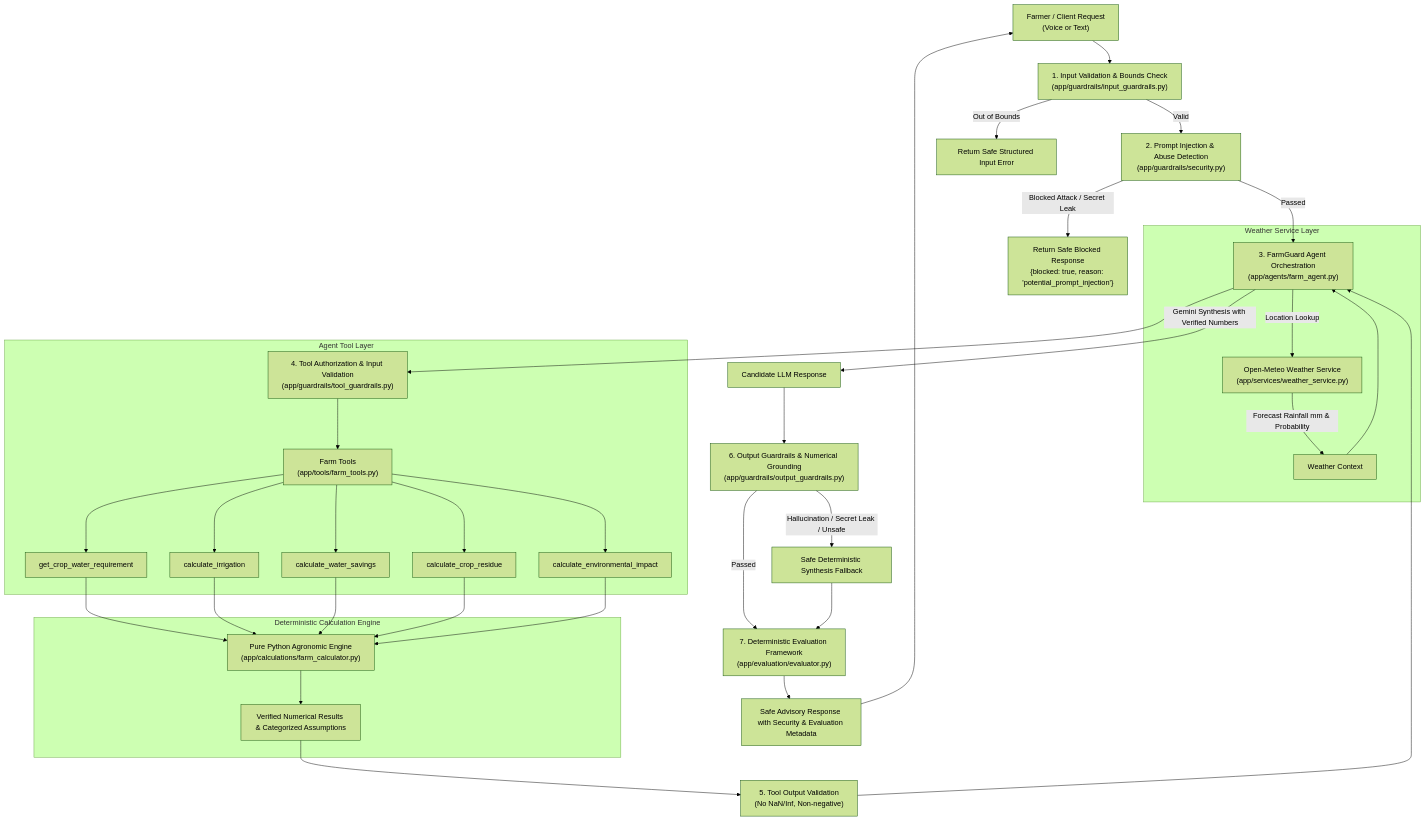
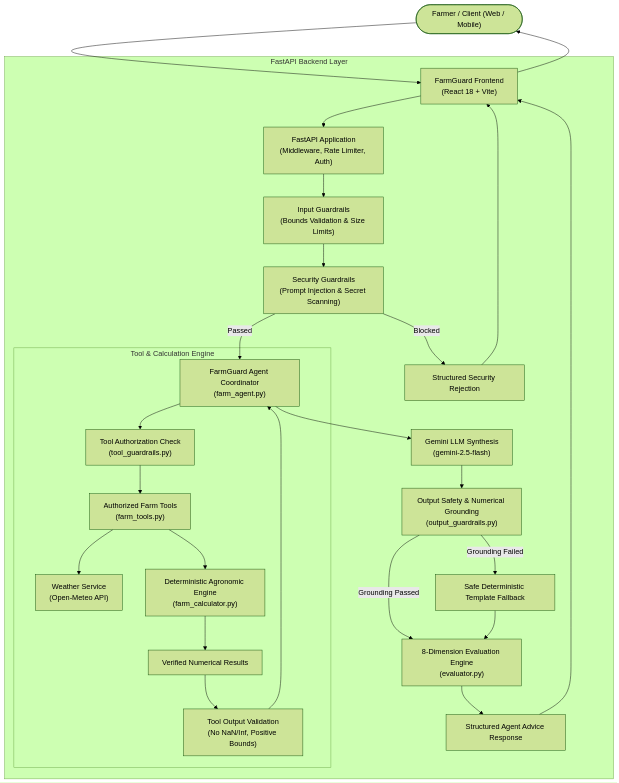
One commit to Ankushh0027/FarmGuard-AI changed the first of 2 diagrams in docs/architecture.md. Above: the diagram before and after it, drawn with Mermaid (forest theme). The commit also changed other lines of this file and 4 other files, not shown here.

Commit message:
docs: finalize v1 architecture, security, demo script, and submission documentation

````diff
--- a/docs/architecture.md
+++ b/docs/architecture.md
@@ -21,43 +14,36 @@
 ```mermaid
 flowchart TD
-    User["Farmer / Client Request\n(Voice or Text)"] --> InputGuard["1. Input Validation & Bounds Check\n(app/guardrails/input_guardrails.py)"]
-    InputGuard -->|Valid| PromptGuard["2. Prompt Injection & Abuse Detection\n(app/guardrails/security.py)"]
-    InputGuard -->|Out of Bounds| BlockedInput["Return Safe Structured Input Error"]
+    User(["Farmer / Client (Web / Mobile)"]) --> FE["FarmGuard Frontend\n(React 18 + Vite)"]
     
-    PromptGuard -->|Blocked Attack / Secret Leak| BlockedResp["Return Safe Blocked Response\n{blocked: true, reason: 'potential_prompt_injection'}"]
-    PromptGuard -->|Passed| Agent["3. FarmGuard Agent Orchestration\n(app/agents/farm_agent.py)"]
+    subgraph FastAPI Backend Layer
+        FE --> API["FastAPI Application\n(Middleware, Rate Limiter, Auth)"]
+        API --> InputGuard["Input Guardrails\n(Bounds Validation & Size Limits)"]
+        InputGuard --> PromptGuard["Security Guardrails\n(Prompt Injection & Secret Scanning)"]
+        
+        PromptGuard -->|Blocked| BlockedResp["Structured Security Rejection"]
+        PromptGuard -->|Passed| Agent["FarmGuard Agent Coordinator\n(farm_agent.py)"]
+        
+        subgraph Tool & Calculation Engine
+            Agent --> ToolAuth["Tool Authorization Check\n(tool_guardrails.py)"]
+            ToolAuth --> Tools["Authorized Farm Tools\n(farm_tools.py)"]
+            Tools --> Weather["Weather Service\n(Open-Meteo API)"]
+            Tools --> CalcEngine["Deterministic Agronomic Engine\n(farm_calculator.py)"]
+            CalcEngine --> VerifiedResults["Verified Numerical Results"]
+            VerifiedResults --> ToolOutGuard["Tool Output Validation\n(No NaN/Inf, Positive Bounds)"]
+        end
+        
+        ToolOutGuard --> Agent
+        Agent --> Synthesis["Gemini LLM Synthesis\n(gemini-2.5-flash)"]
+        Synthesis --> OutGuard["Output Safety & Numerical Grounding\n(output_guardrails.py)"]
+        
+        OutGuard -->|Grounding Passed| Eval["8-Dimension Evaluation Engine\n(evaluator.py)"]
+        OutGuard -->|Grounding Failed| Fallback["Safe Deterministic Template Fallback"]
+        Fallback --> Eval
+        
+        Eval --> FinalResponse["Structured Agent Advice Response"]
+    end
     
-    subgraph Weather Service Layer
-        Agent -->|Location Lookup| WeatherService["Open-Meteo Weather Service\n(app/services/weather_service.py)"]
-        WeatherService -->|Forecast Rainfall mm & Probability| WeatherData["Weather Context"]
-    end
-
-    subgraph Agent Tool Layer
-        Agent --> ToolAuth["4. Tool Authorization & Input Validation\n(app/guardrails/tool_guardrails.py)"]
-        ToolAuth --> Tools["Farm Tools\n(app/tools/farm_tools.py)"]
-        Tools --> T1["get_crop_water_requirement"]
-        Tools --> T2["calculate_irrigation"]
-        Tools --> T3["calculate_water_savings"]
-        Tools --> T4["calculate_crop_residue"]
-        Tools --> T5["calculate_environmental_impact"]
-    end
-
-    subgraph Deterministic Calculation Engine
-        T1 & T2 & T3 & T4 & T5 --> Engine["Pure Python Agronomic Engine\n(app/calculations/farm_calculator.py)"]
-        Engine --> VerifiedResults["Verified Numerical Results & Categorized Assumptions"]
-    end
-
-    VerifiedResults --> ToolOutputGuard["5. Tool Output Validation\n(No NaN/Inf, Non-negative)"]
-    ToolOutputGuard --> Agent
-    WeatherData --> Agent
-    
-    Agent -->|Gemini Synthesis with Verified Numbers| CandidateAdvisory["Candidate LLM Response"]
-    CandidateAdvisory --> OutputGuard["6. Output Guardrails & Numerical Grounding\n(app/guardrails/output_guardrails.py)"]
-    
-    OutputGuard -->|Passed| Eval["7. Deterministic Evaluation Framework\n(app/evaluation/evaluator.py)"]
-    OutputGuard -->|Hallucination / Secret Leak / Unsafe| Fallback["Safe Deterministic Synthesis Fallback"]
-    Fallback --> Eval
-    
-    Eval --> FinalResponse["Safe Advisory Response with Security & Evaluation Metadata"]
-    FinalResponse --> User
+    FinalResponse --> FE
+    BlockedResp --> FE
+    FE --> User
 ```
````
